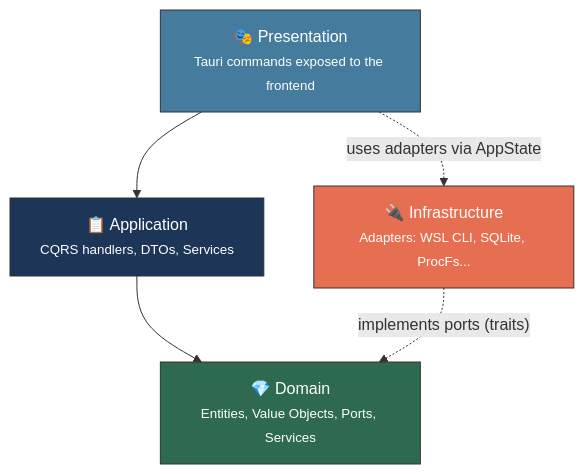
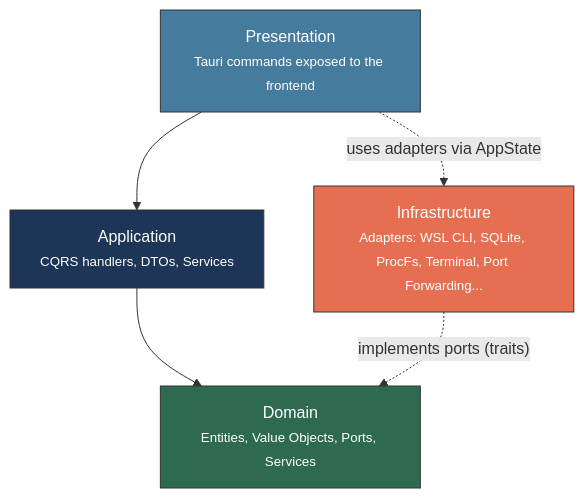
Before and after one commit to muchiny/wsl-dashboard: the first of 2 diagrams in src-tauri/README.md, drawn with Mermaid. The commit also changed other lines of this file and 10 other files, not shown here.

````diff
--- a/src-tauri/README.md
+++ b/src-tauri/README.md
@@ -11,17 +11,17 @@
 ```mermaid
 graph TD
-    P["🎭 Presentation<br/><small>Tauri commands exposed to the frontend</small>"]
-    A["📋 Application<br/><small>CQRS handlers, DTOs, Services</small>"]
-    D["💎 Domain<br/><small>Entities, Value Objects, Ports, Services</small>"]
-    I["🔌 Infrastructure<br/><small>Adapters: WSL CLI, SQLite, ProcFs...</small>"]
+    P["Presentation<br/><small>Tauri commands exposed to the frontend</small>"]
+    A["Application<br/><small>CQRS handlers, DTOs, Services</small>"]
+    D["Domain<br/><small>Entities, Value Objects, Ports, Services</small>"]
+    I["Infrastructure<br/><small>Adapters: WSL CLI, SQLite, ProcFs, Terminal, Port Forwarding...</small>"]
 
     P --> A
     A --> D
     I -.->|"implements ports (traits)"| D
     P -.->|"uses adapters via AppState"| I
 
     style D fill:#2d6a4f,stroke:#333,color:#fff
     style A fill:#1d3557,stroke:#333,color:#fff
     style I fill:#e76f51,stroke:#333,color:#fff
     style P fill:#457b9d,stroke:#333,color:#fff
 ```
````
